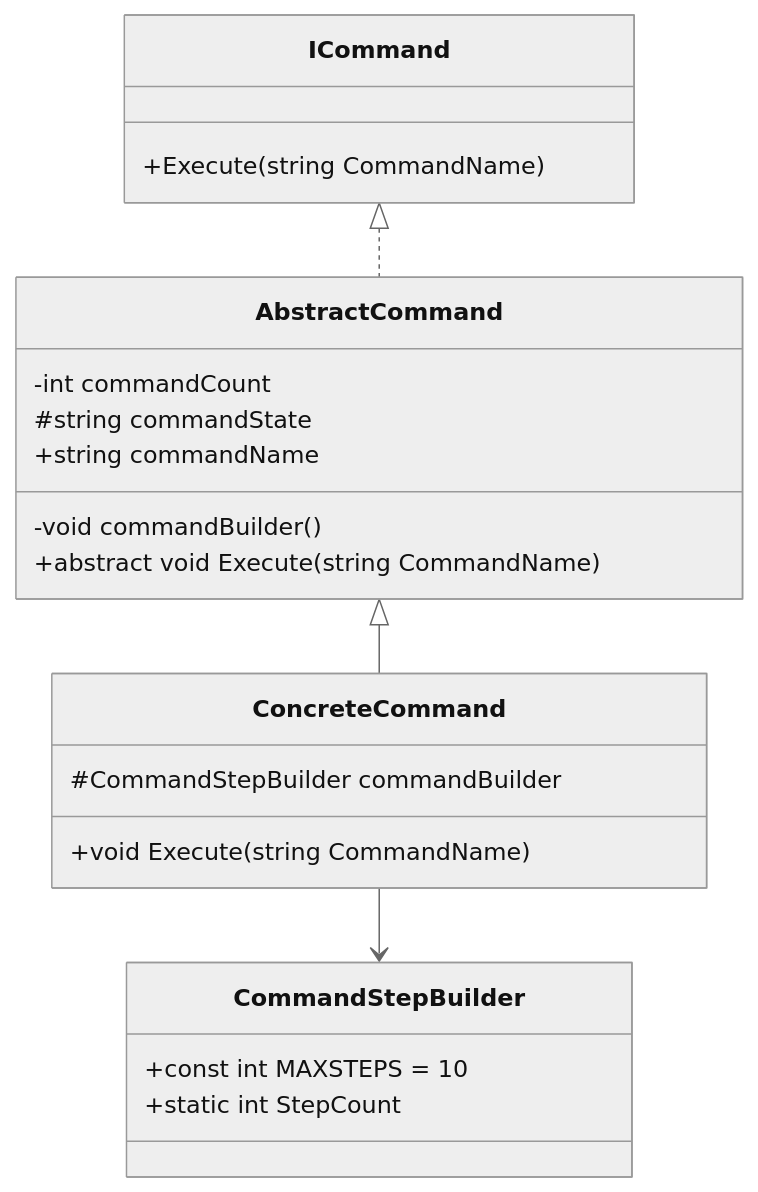
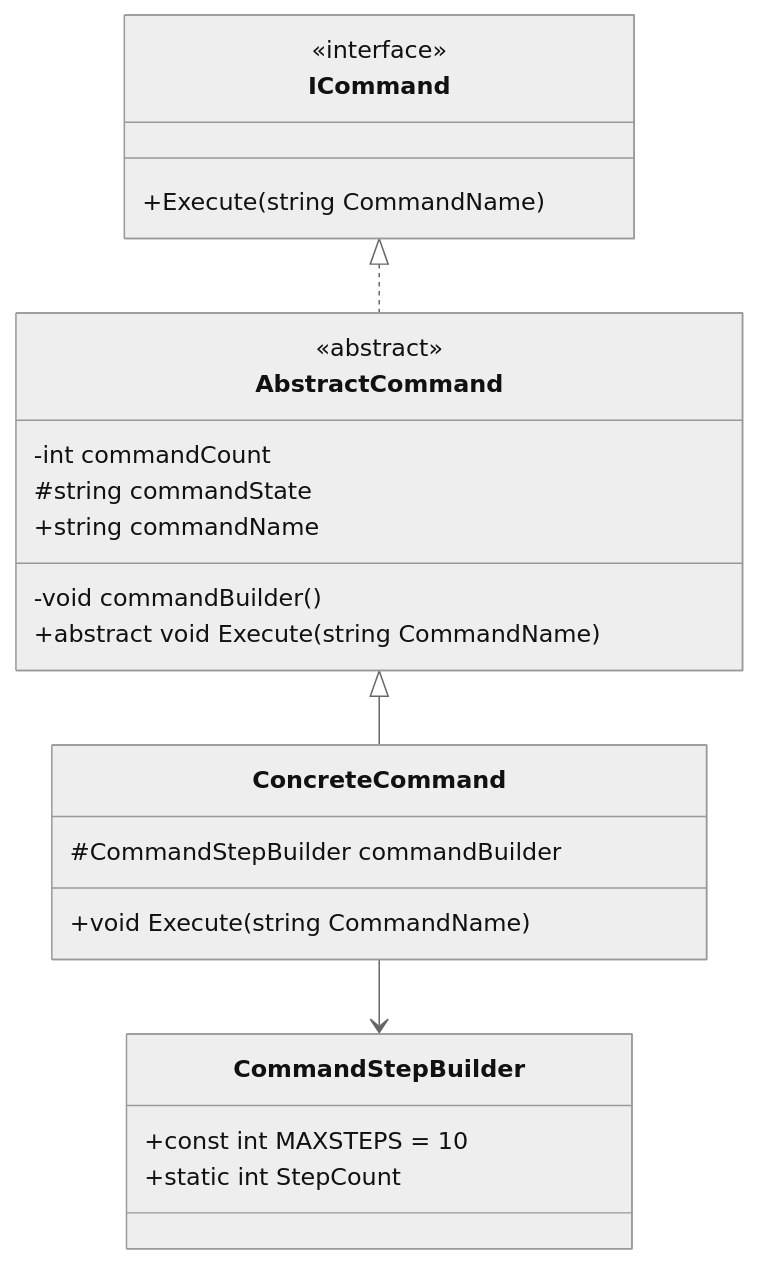
Before and after one commit to PatrykFlama/UWr: the first of 7 diagrams in Sem6/POO/List2/README.md, drawn with Mermaid (neutral theme). The commit also changed 1 other file, not shown here.

````diff
--- a/Sem6/POO/List2/README.md
+++ b/Sem6/POO/List2/README.md
@@ -9,28 +9,32 @@
 ```mermaid
 classDiagram
     class ICommand {
+        <<interface>>
+
         +Execute(string CommandName)
     }
 
     class AbstractCommand {
+        <<abstract>>
+
         -int commandCount
         #string commandState
         +string commandName
         -void commandBuilder()
         +abstract void Execute(string CommandName)
     }
 
     class ConcreteCommand {
         #CommandStepBuilder commandBuilder
         +void Execute(string CommandName)
     }
 
     class CommandStepBuilder {
         +const int MAXSTEPS = 10
         +static int StepCount
     }
 
     ICommand <|.. AbstractCommand
     AbstractCommand <|-- ConcreteCommand
     ConcreteCommand --> CommandStepBuilder
 ```
````
